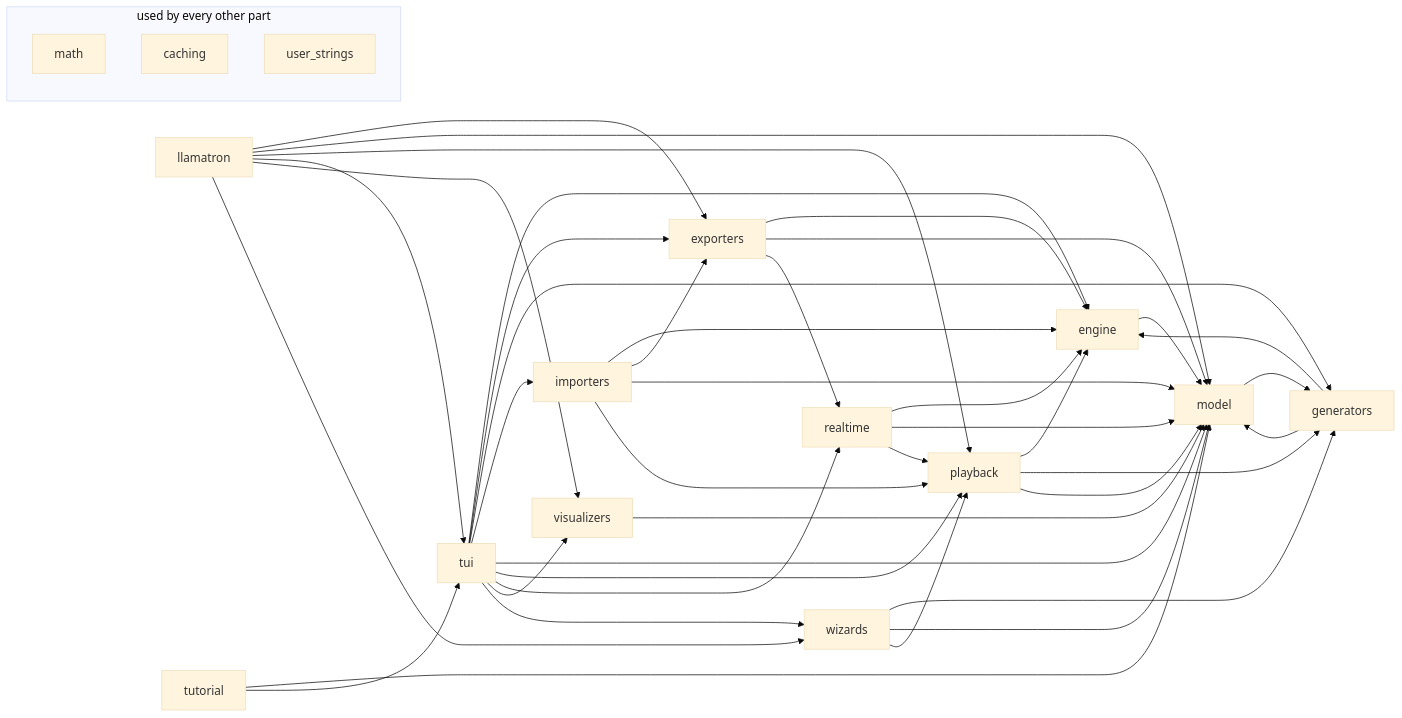
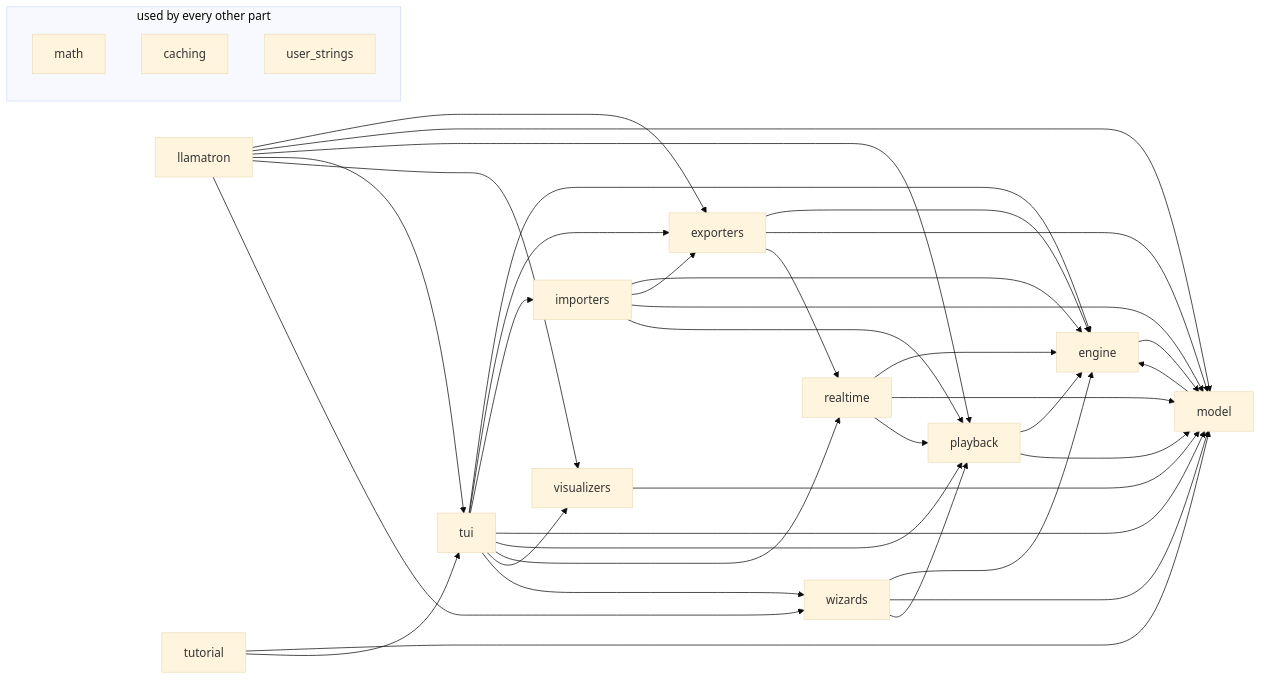
Before and after one commit to mpdehaan/llamatron: the second of 2 diagrams in docs/ARCHITECTURE.md, drawn with Mermaid (base theme). The commit also changed other lines of this file and 205 other files, not shown here.

Commit message:
The fourth step of the subsystem moves: every generator is a plugin, a folder of engine/generators with its declaration, its settings and its code, which the Model finds through the contract in its schema without naming any plugin; the Model no longer imports a generator's code.

````diff
--- a/docs/ARCHITECTURE.md
+++ b/docs/ARCHITECTURE.md
@@ -126,58 +126,53 @@
 ```mermaid
 flowchart LR
     tui["tui"]
     llamatron["llamatron"]
     model["model"]
     playback["playback"]
-    generators["generators"]
     engine["engine"]
     exporters["exporters"]
     importers["importers"]
     realtime["realtime"]
     tutorial["tutorial"]
     visualizers["visualizers"]
     wizards["wizards"]
     subgraph everywhere ["used by every other part"]
     math["math"]
     caching["caching"]
     user_strings["user_strings"]
     end
     engine --> model
     exporters --> engine
     exporters --> model
     exporters --> realtime
-    generators --> engine
-    generators --> model
     importers --> engine
     importers --> exporters
     importers --> model
     importers --> playback
     llamatron --> exporters
     llamatron --> model
     llamatron --> playback
     llamatron --> tui
     llamatron --> visualizers
     llamatron --> wizards
-    model --> generators
+    model --> engine
     playback --> engine
-    playback --> generators
     playback --> model
     realtime --> engine
     realtime --> model
     realtime --> playback
     tui --> engine
     tui --> exporters
-    tui --> generators
     tui --> importers
     tui --> model
     tui --> playback
     tui --> realtime
     tui --> visualizers
     tui --> wizards
     tutorial --> model
     tutorial --> tui
     visualizers --> model
-    wizards --> generators
+    wizards --> engine
     wizards --> model
     wizards --> playback
 ```
````
